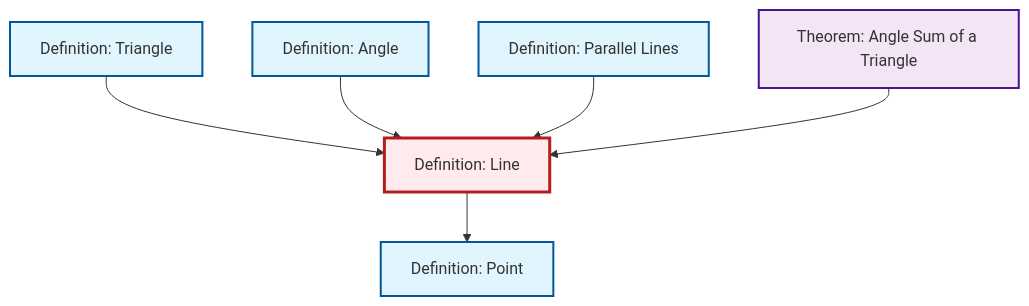
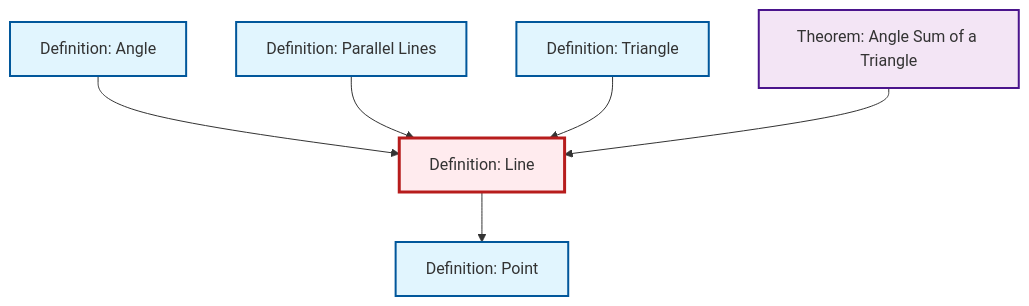
One commit to RK0429/ModernMath changed the diagram in content/en/geometry/def-line.qmd. Above: the diagram before and after it, drawn with Mermaid. The commit also changed other lines of this file and 672 other files, not shown here.

````diff
--- a/content/en/geometry/def-line.qmd
+++ b/content/en/geometry/def-line.qmd
@@ -45,26 +45,26 @@
 ```{mermaid}
 %%| fig-cap: "Local dependency graph"
 graph TD
     classDef definition fill:#e1f5fe,stroke:#01579b,stroke-width:2px
     classDef theorem fill:#f3e5f5,stroke:#4a148c,stroke-width:2px
     classDef axiom fill:#fff3e0,stroke:#e65100,stroke-width:2px
     classDef example fill:#e8f5e9,stroke:#1b5e20,stroke-width:2px
     classDef current fill:#ffebee,stroke:#b71c1c,stroke-width:3px
+    def-line["Definition: Line"]:::definition
     def-triangle["Definition: Triangle"]:::definition
+    def-parallel["Definition: Parallel Lines"]:::definition
+    def-point["Definition: Point"]:::definition
     def-angle["Definition: Angle"]:::definition
     thm-angle-sum-triangle["Theorem: Angle Sum of a Triangle"]:::theorem
-    def-parallel["Definition: Parallel Lines"]:::definition
-    def-line["Definition: Line"]:::definition
-    def-point["Definition: Point"]:::definition
-    def-line --> def-point
-    def-triangle --> def-line
     def-angle --> def-line
     def-parallel --> def-line
+    def-triangle --> def-line
+    def-line --> def-point
     thm-angle-sum-triangle --> def-line
     class def-line current
     click def-triangle "def-triangle.html" "Go to Triangle definition"
+    click def-parallel "def-parallel.html" "Go to Parallel Lines definition"
+    click def-point "def-point.html" "Go to Point definition"
     click def-angle "def-angle.html" "Go to Angle definition"
     click thm-angle-sum-triangle "thm-angle-sum-triangle.html" "Go to Angle Sum of a Triangle theorem"
-    click def-parallel "def-parallel.html" "Go to Parallel Lines definition"
-    click def-point "def-point.html" "Go to Point definition"
 ```
````
